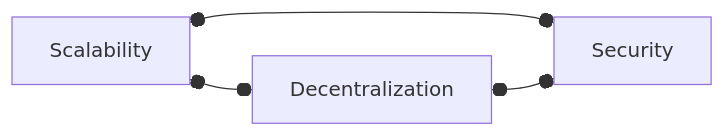
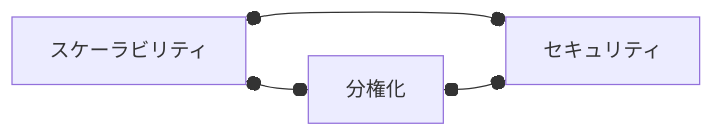
One commit to rene78/BitcoinMythBusters changed the second of 2 diagrams in ja/README.md. Above: the diagram before and after it, drawn with Mermaid. The commit also changed other lines of this file, not shown here.

````diff
--- a/ja/README.md
+++ b/ja/README.md
@@ -202,5 +202,5 @@
   ```mermaid
   flowchart LR
-    Scalability o--o Decentralization & Security;
-    Decentralization o--o Security;
+    スケーラビリティ o--o 分権化 & セキュリティ;
+    分権化 o--o セキュリティ;
   ```
````
